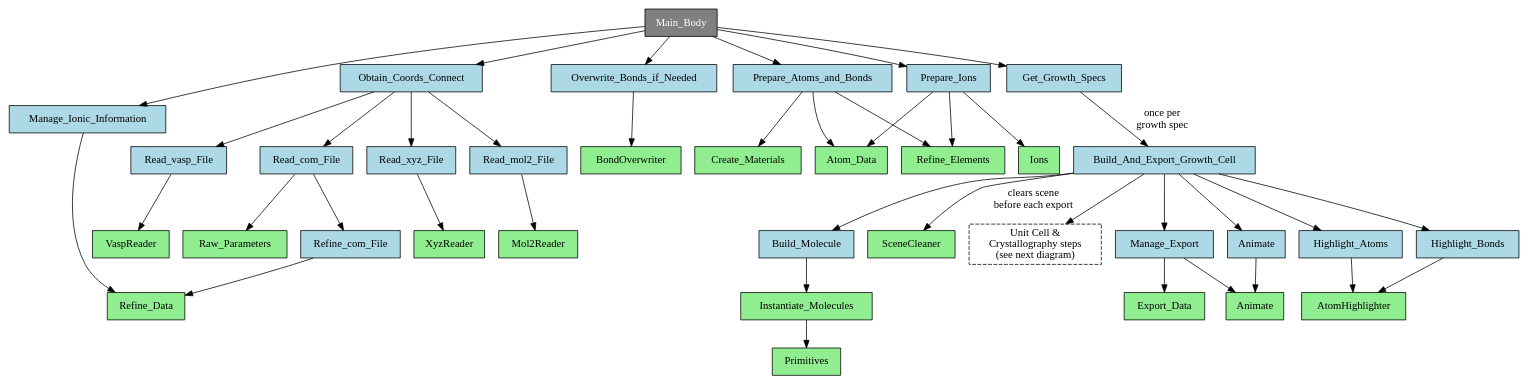
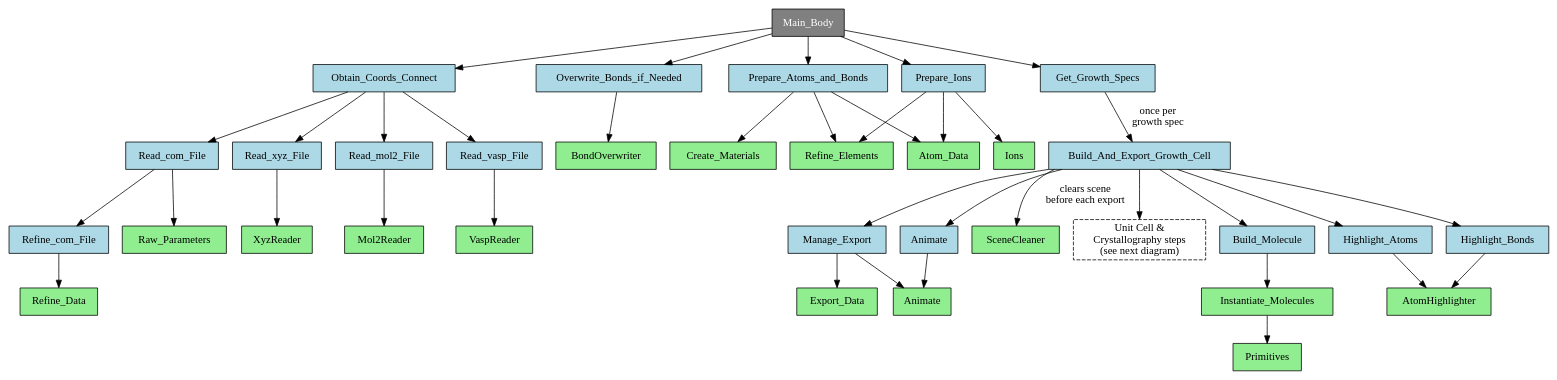
The second of 5 diagrams in docs/components.rst (eecheve/Gaussian-2-Blender), drawn with Graphviz before and after one commit. The commit also changed other lines of this file and 19 other files, not shown here.

```diff
--- a/docs/components.rst
+++ b/docs/components.rst
@@ -75,7 +75,6 @@
 
        Obtain_Coords_Connect [fillcolor=lightblue];
        Overwrite_Bonds_if_Needed [fillcolor=lightblue];
-       Manage_Ionic_Information [fillcolor=lightblue];
        Prepare_Atoms_and_Bonds [fillcolor=lightblue];
        Prepare_Ions [fillcolor=lightblue];
        Get_Growth_Specs [fillcolor=lightblue];
@@ -113,7 +112,6 @@
 
        Main_Body -> Obtain_Coords_Connect;
        Main_Body -> Overwrite_Bonds_if_Needed;
-       Main_Body -> Manage_Ionic_Information;
        Main_Body -> Prepare_Atoms_and_Bonds;
        Main_Body -> Prepare_Ions;
        Main_Body -> Get_Growth_Specs;
@@ -131,8 +129,6 @@
        Read_vasp_File -> VaspReader;
 
        Overwrite_Bonds_if_Needed -> BondOverwriter;
-
-       Manage_Ionic_Information -> Refine_Data;
 
        Prepare_Atoms_and_Bonds -> Refine_Elements;
        Prepare_Atoms_and_Bonds -> Atom_Data;
```
